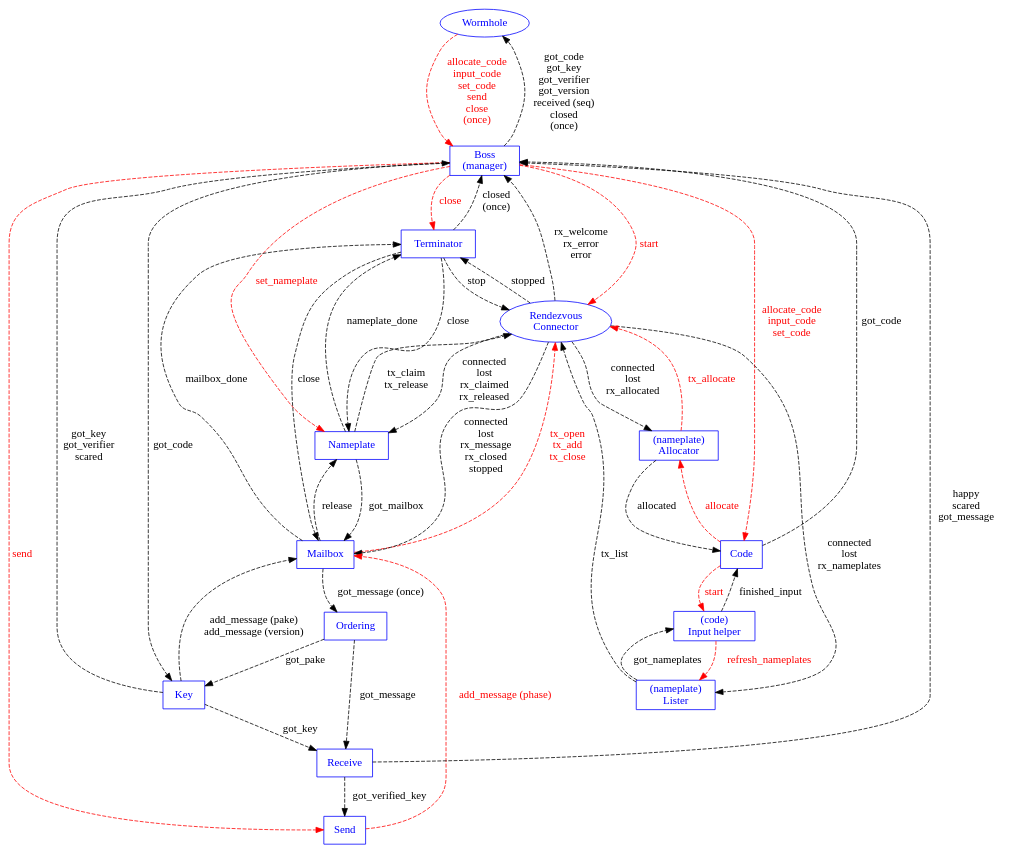
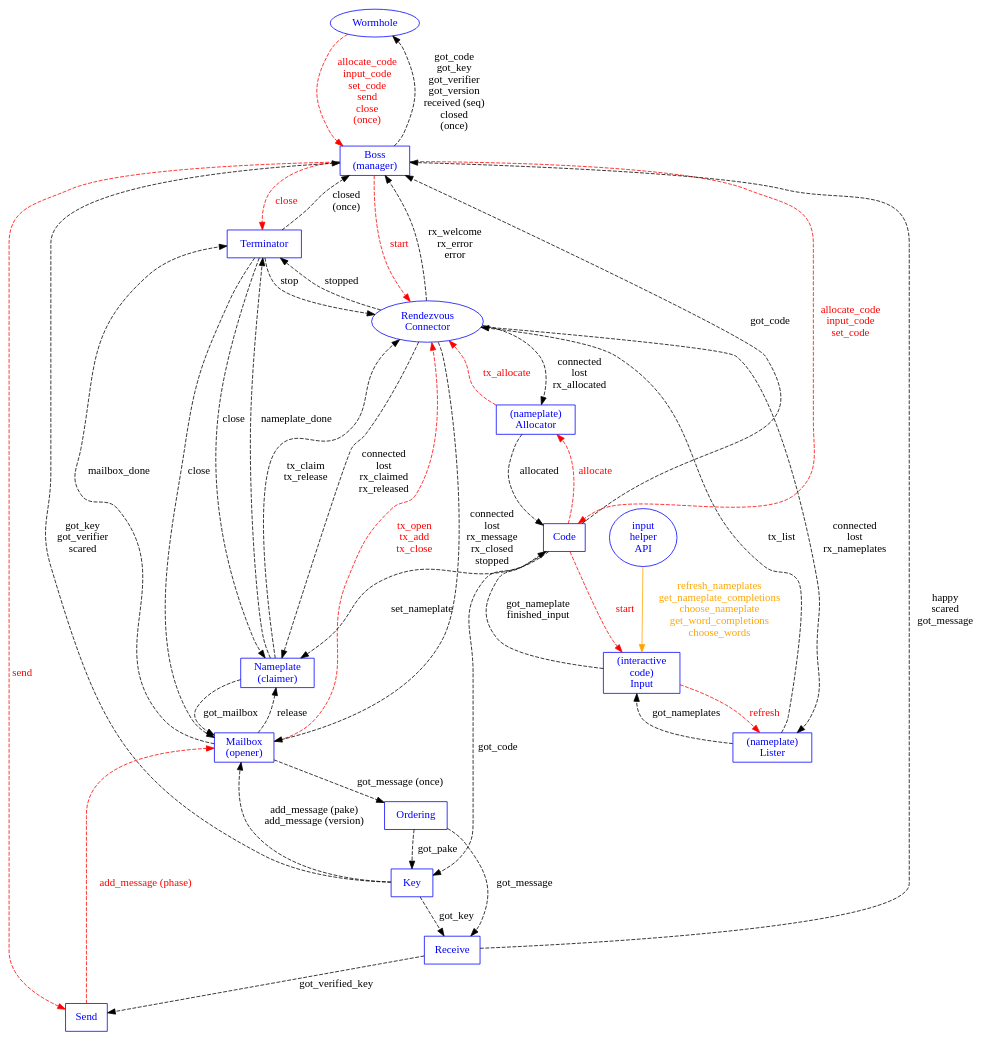
The diagram in docs/state-machines/machines.dot (magic-wormhole/magic-wormhole), drawn with Graphviz before and after one commit. The commit also changed 12 other files, not shown here.

```diff
--- a/docs/state-machines/machines.dot
+++ b/docs/state-machines/machines.dot
@@ -1,110 +1,114 @@
 digraph {
         Wormhole [shape="oval" color="blue" fontcolor="blue"]
         Boss [shape="box" label="Boss\n(manager)"
                   color="blue" fontcolor="blue"]
-        Nameplate [shape="box" color="blue" fontcolor="blue"]
-        Mailbox [shape="box" color="blue" fontcolor="blue"]
+        Nameplate [label="Nameplate\n(claimer)"
+                   shape="box" color="blue" fontcolor="blue"]
+        Mailbox [label="Mailbox\n(opener)"
+                 shape="box" color="blue" fontcolor="blue"]
         Connection [label="Rendezvous\nConnector"
                     shape="oval" color="blue" fontcolor="blue"]
         #websocket [color="blue" fontcolor="blue"]
         Order [shape="box" label="Ordering" color="blue" fontcolor="blue"]
         Key [shape="box" label="Key" color="blue" fontcolor="blue"]
         Send [shape="box" label="Send" color="blue" fontcolor="blue"]
         Receive [shape="box" label="Receive" color="blue" fontcolor="blue"]
         Code [shape="box" label="Code" color="blue" fontcolor="blue"]
         Lister [shape="box" label="(nameplate)\nLister"
                 color="blue" fontcolor="blue"]
         Allocator [shape="box" label="(nameplate)\nAllocator"
                    color="blue" fontcolor="blue"]
-        Input [shape="box" label="(code)\nInput helper"
+        Input [shape="box" label="(interactive\ncode)\nInput"
                color="blue" fontcolor="blue"]
         Terminator [shape="box" color="blue" fontcolor="blue"]
+        InputHelperAPI [shape="oval" label="input\nhelper\nAPI"
+                        color="blue" fontcolor="blue"]
 
         #Connection -> websocket [color="blue"]
         #Connection -> Order [color="blue"]
 
         Wormhole -> Boss [style="dashed"
                           label="allocate_code\ninput_code\nset_code\nsend\nclose\n(once)"
                           color="red" fontcolor="red"]
         #Wormhole -> Boss [color="blue"]
         Boss -> Wormhole [style="dashed" label="got_code\ngot_key\ngot_verifier\ngot_version\nreceived (seq)\nclosed\n(once)"]
 
         #Boss -> Connection [color="blue"]
         Boss -> Connection [style="dashed" label="start"
                             color="red" fontcolor="red"]
         Connection -> Boss [style="dashed" label="rx_welcome\nrx_error\nerror"]
 
         Boss -> Send [style="dashed" color="red" fontcolor="red" label="send"]
 
-        Boss -> Nameplate [style="dashed" color="red" fontcolor="red"
-                           label="set_nameplate"]
         #Boss -> Mailbox [color="blue"]
         Mailbox -> Order [style="dashed" label="got_message (once)"]
-        Boss -> Key [style="dashed" label="got_code"]
         Key -> Boss [style="dashed" label="got_key\ngot_verifier\nscared"]
         Order -> Key [style="dashed" label="got_pake"]
         Order -> Receive [style="dashed" label="got_message"]
         #Boss -> Key [color="blue"]
         Key -> Mailbox [style="dashed"
                         label="add_message (pake)\nadd_message (version)"]
         Receive -> Send [style="dashed" label="got_verified_key"]
         Send -> Mailbox [style="dashed" color="red" fontcolor="red"
                          label="add_message (phase)"]
 
         Key -> Receive [style="dashed" label="got_key"]
         Receive -> Boss [style="dashed"
                          label="happy\nscared\ngot_message"]
         Nameplate -> Connection [style="dashed"
                                  label="tx_claim\ntx_release"]
         Connection -> Nameplate [style="dashed"
                                  label="connected\nlost\nrx_claimed\nrx_released"]
         Mailbox -> Nameplate [style="dashed" label="release"]
         Nameplate -> Mailbox [style="dashed" label="got_mailbox"]
 
         Mailbox -> Connection [style="dashed" color="red" fontcolor="red"
                                label="tx_open\ntx_add\ntx_close"
                                ]
         Connection -> Mailbox [style="dashed"
                                label="connected\nlost\nrx_message\nrx_closed\nstopped"]
 
         Connection -> Lister [style="dashed"
                               label="connected\nlost\nrx_nameplates"
                               ]
         Lister -> Connection [style="dashed"
                               label="tx_list"
                               ]
 
         #Boss -> Code [color="blue"]
         Connection -> Allocator [style="dashed"
                                  label="connected\nlost\nrx_allocated"]
         Allocator -> Connection [style="dashed" color="red" fontcolor="red"
                                  label="tx_allocate"
                                  ]
         Lister -> Input [style="dashed"
                          label="got_nameplates"
                          ]
         #Code -> Lister [color="blue"]
         Input -> Lister [style="dashed" color="red" fontcolor="red"
-                         label="refresh_nameplates"
+                         label="refresh"
                          ]
         Boss -> Code [style="dashed" color="red" fontcolor="red"
                       label="allocate_code\ninput_code\nset_code"]
-        Code -> Boss [style="dashed"
-                      label="got_code"]
+        Code -> Boss [style="dashed" label="got_code"]
+        Code -> Key [style="dashed" label="got_code"]
+        Code -> Nameplate [style="dashed" label="set_nameplate"]
 
         Code -> Input [style="dashed" color="red" fontcolor="red" label="start"]
-        Input -> Code [style="dashed" label="finished_input"]
+        Input -> Code [style="dashed" label="got_nameplate\nfinished_input"]
+        InputHelperAPI -> Input [label="refresh_nameplates\nget_nameplate_completions\nchoose_nameplate\nget_word_completions\nchoose_words" color="orange" fontcolor="orange"]
+
         Code -> Allocator [style="dashed" color="red" fontcolor="red"
                            label="allocate"]
         Allocator -> Code [style="dashed" label="allocated"]
 
         Nameplate -> Terminator [style="dashed" label="nameplate_done"]
         Mailbox -> Terminator [style="dashed" label="mailbox_done"]
         Terminator -> Nameplate [style="dashed" label="close"]
         Terminator -> Mailbox [style="dashed" label="close"]
         Terminator -> Connection [style="dashed" label="stop"]
         Connection -> Terminator [style="dashed" label="stopped"]
         Terminator -> Boss [style="dashed" label="closed\n(once)"]
         Boss -> Terminator [style="dashed" color="red" fontcolor="red"
                             label="close"]
 }
```
